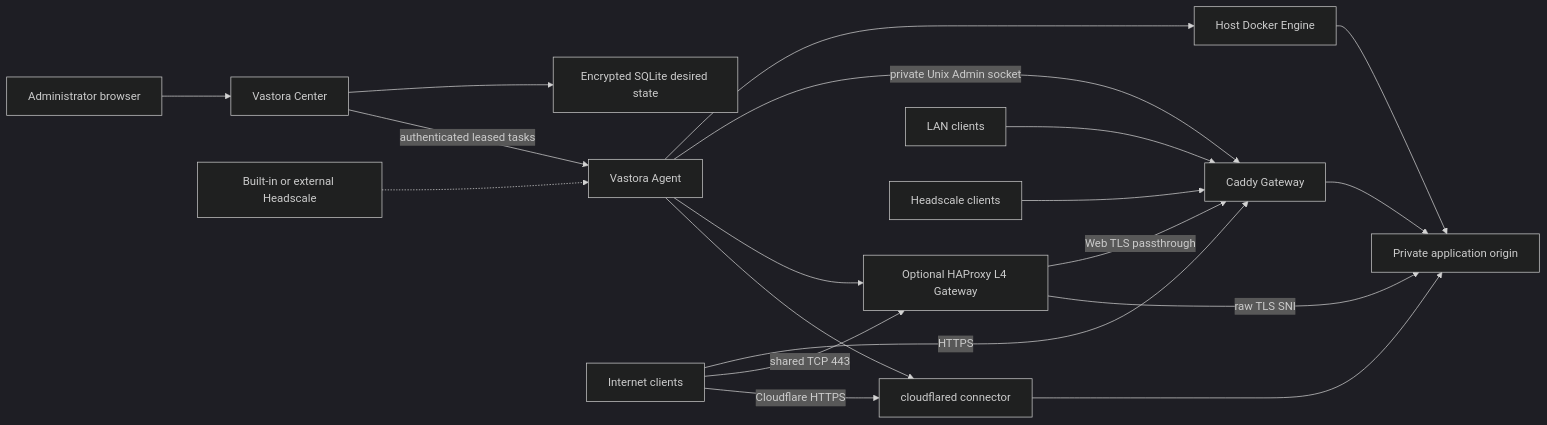
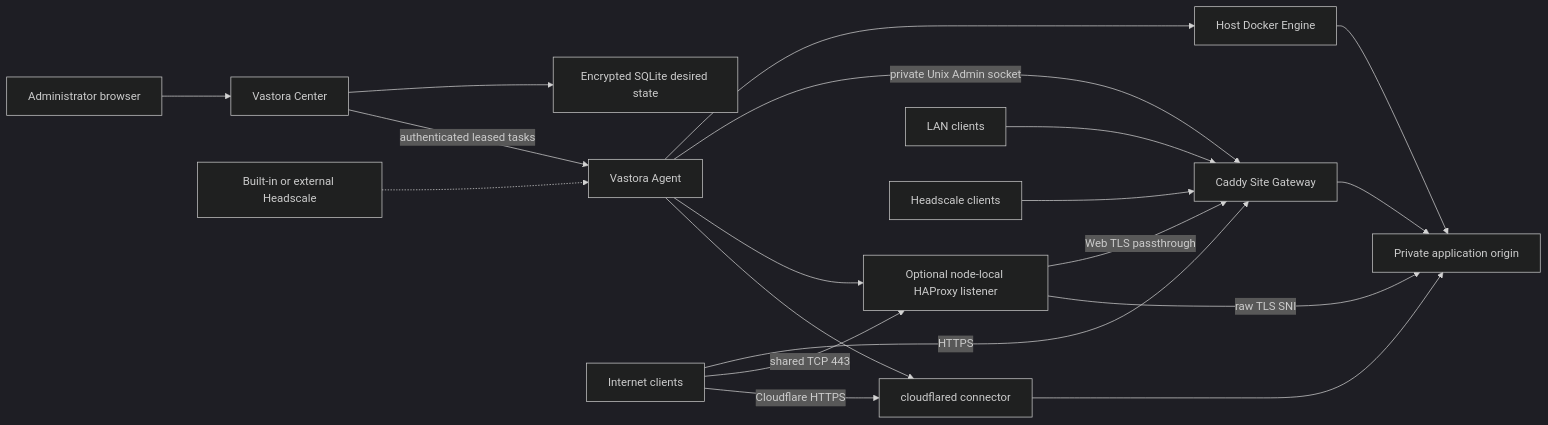
Before and after one commit to petauron/vastora: the diagram in docs/architecture.md, drawn with Mermaid (dark theme). The commit also changed other lines of this file and 73 other files, not shown here.

Commit message:
feat(network): separate node-local protocol ingress

````diff
--- a/docs/architecture.md
+++ b/docs/architecture.md
@@ -16,21 +16,21 @@
 ```mermaid
 flowchart LR
   Browser["Administrator browser"] --> Center["Vastora Center"]
   Center --> DB["Encrypted SQLite desired state"]
   Center -->|"authenticated leased tasks"| Agent["Vastora Agent"]
   Agent --> Docker["Host Docker Engine"]
   Docker --> App["Private application origin"]
-  Agent -->|"private Unix Admin socket"| Caddy["Caddy Gateway"]
-  Agent --> HAProxy["Optional HAProxy L4 Gateway"]
+  Agent -->|"private Unix Admin socket"| Caddy["Caddy Site Gateway"]
+  Agent --> HAProxy["Optional node-local HAProxy listener"]
   Agent --> Cloudflared["cloudflared connector"]
   LAN["LAN clients"] --> Caddy
   Tailnet["Headscale clients"] --> Caddy
   Internet["Internet clients"] -->|"HTTPS"| Caddy
   Internet -->|"shared TCP 443"| HAProxy
   HAProxy -->|"Web TLS passthrough"| Caddy
   HAProxy -->|"raw TLS SNI"| App
   Internet -->|"Cloudflare HTTPS"| Cloudflared
   Caddy --> App
   Cloudflared --> App
   Headscale["Built-in or external Headscale"] -.-> Agent
 ```
````
